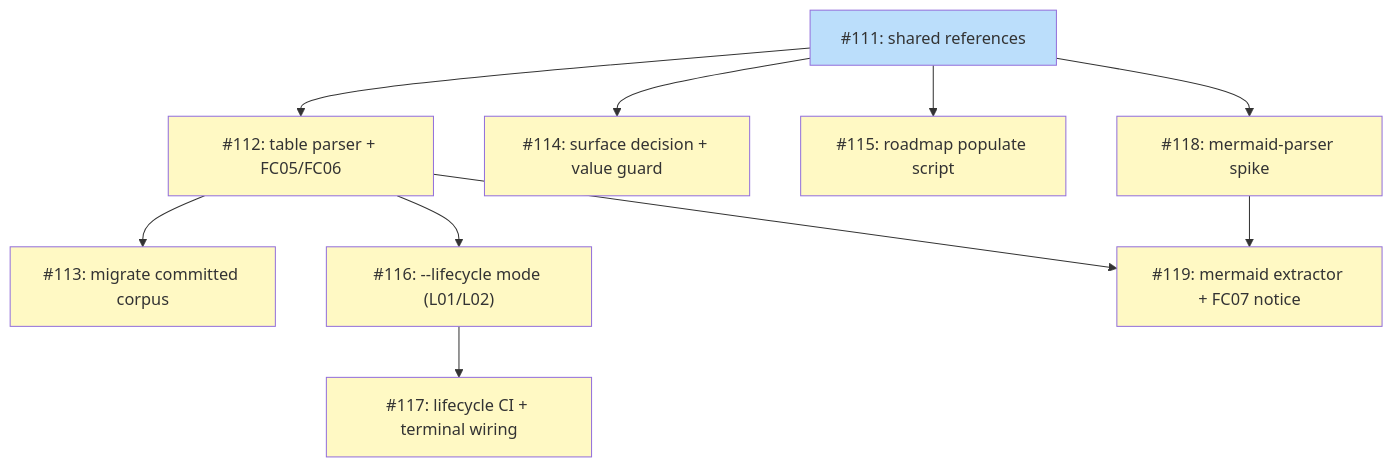
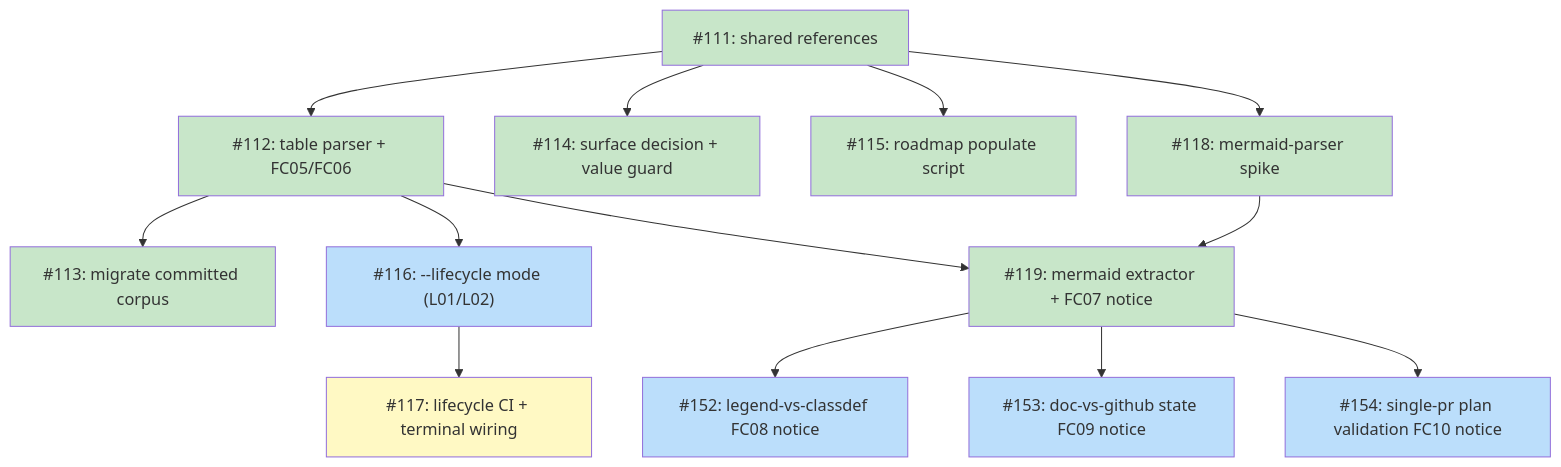
Before and after one commit to tsukumogami/shirabe: the diagram in docs/plans/PLAN-roadmap-plan-standardization.md, drawn with Mermaid. The commit also changed other lines of this file and 21 other files, not shown here.

````diff
--- a/docs/plans/PLAN-roadmap-plan-standardization.md
+++ b/docs/plans/PLAN-roadmap-plan-standardization.md
@@ -87,35 +93,42 @@
 ```mermaid
 graph TD
     I111["#111: shared references"]
     I112["#112: table parser + FC05/FC06"]
     I113["#113: migrate committed corpus"]
     I114["#114: surface decision + value guard"]
     I115["#115: roadmap populate script"]
     I116["#116: --lifecycle mode (L01/L02)"]
     I117["#117: lifecycle CI + terminal wiring"]
     I118["#118: mermaid-parser spike"]
     I119["#119: mermaid extractor + FC07 notice"]
+    I152["#152: legend-vs-classdef FC08 notice"]
+    I153["#153: doc-vs-github state FC09 notice"]
+    I154["#154: single-pr plan validation FC10 notice"]
 
     I111 --> I112
     I111 --> I114
     I111 --> I115
     I111 --> I118
     I112 --> I113
     I112 --> I116
     I112 --> I119
     I116 --> I117
     I118 --> I119
+    I119 --> I152
+    I119 --> I153
+    I119 --> I154
 
     classDef done fill:#c8e6c9
     classDef ready fill:#bbdefb
     classDef blocked fill:#fff9c4
     classDef needsDesign fill:#e1bee7
     classDef needsPrd fill:#b3e5fc
     classDef needsSpike fill:#ffcdd2
     classDef needsDecision fill:#d1c4e9
     classDef tracksDesign fill:#FFE0B2,stroke:#F57C00,color:#000
     classDef tracksPlan fill:#FFE0B2,stroke:#F57C00,color:#000
 
-    class I111 ready
-    class I112,I113,I114,I115,I116,I117,I118,I119 blocked
+    class I111,I112,I113,I114,I115,I118,I119 done
+    class I116,I152,I153,I154 ready
+    class I117 blocked
 ```
````
